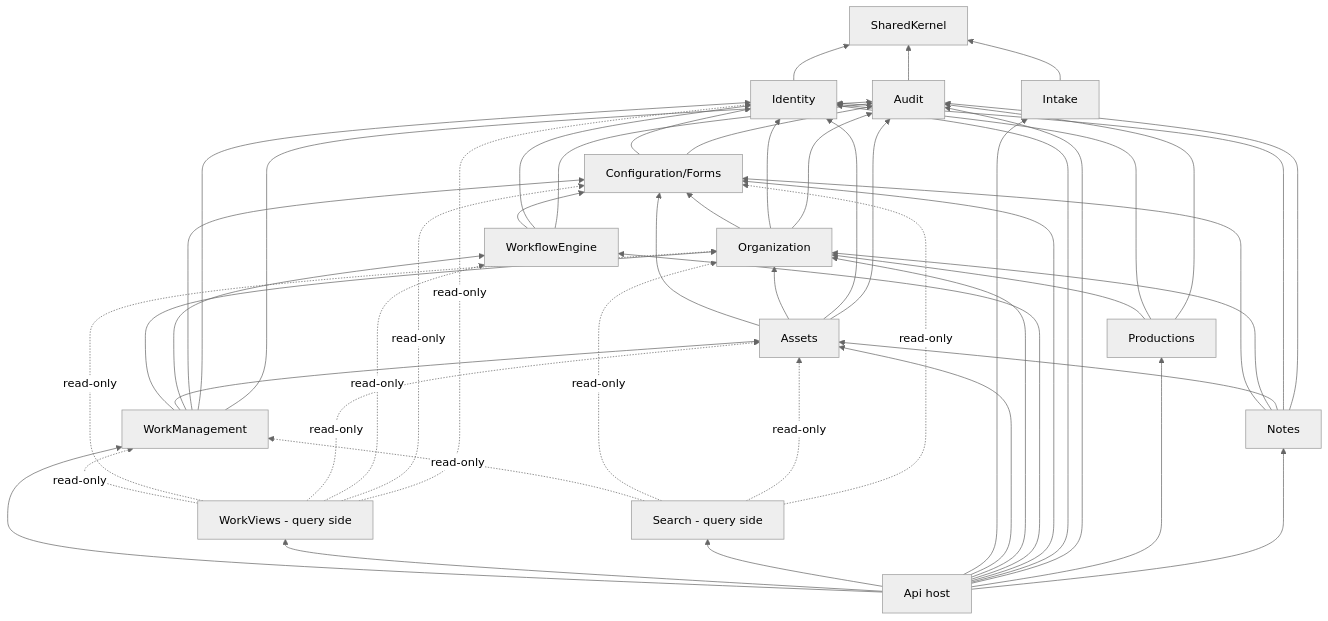
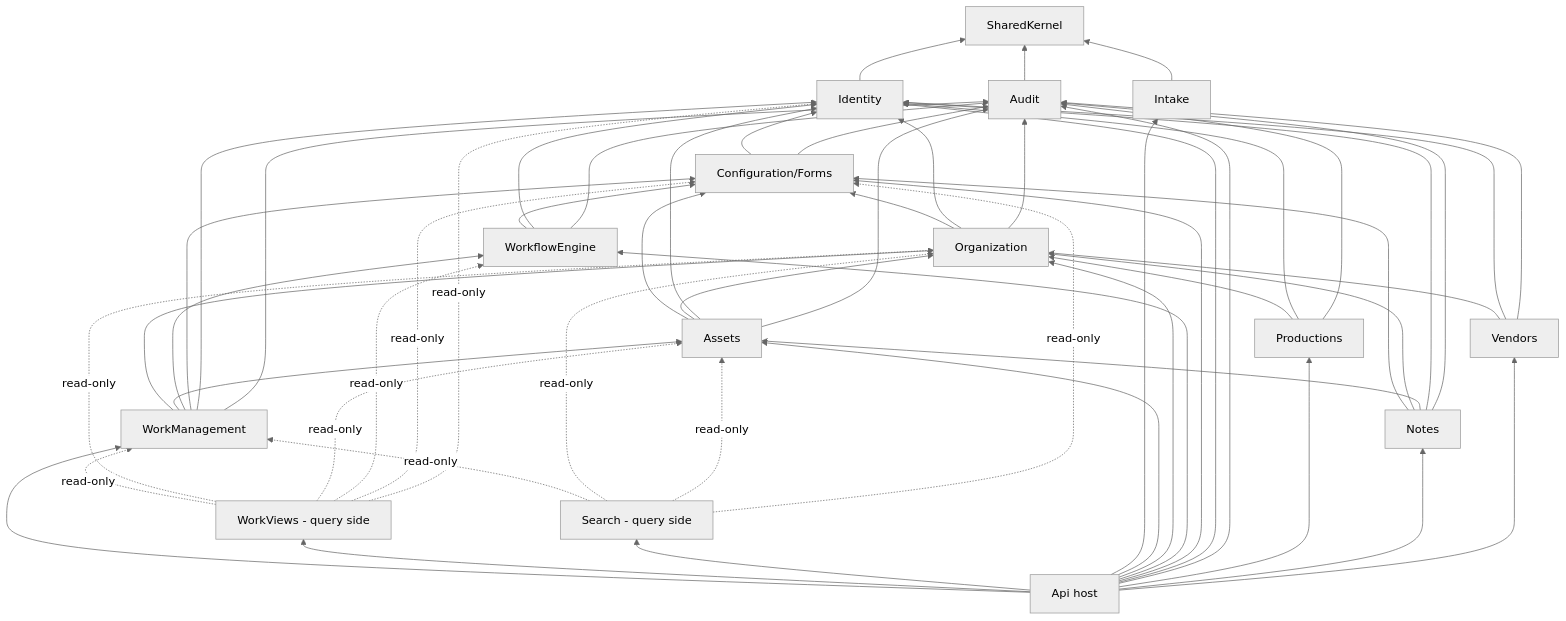
Before and after one commit to dent-ist/MatterFlow: the third of 4 diagrams in docs/architecture.md, drawn with Mermaid (neutral theme). The commit also changed other lines of this file and 52 other files, not shown here.

````diff
--- a/docs/architecture.md
+++ b/docs/architecture.md
@@ -313,17 +314,18 @@
 ```mermaid
 flowchart BT
   SK[SharedKernel]
   ID[Identity] --> SK
   AU[Audit] --> SK
   CF[Configuration/Forms] --> ID & AU
   OR[Organization] --> CF & ID & AU
   AS[Assets] --> CF & OR & ID & AU
   WF[WorkflowEngine] --> CF & ID & AU
   WM[WorkManagement] --> OR & AS & WF & CF & ID & AU
   PR[Productions] --> OR & ID & AU
   NT[Notes] --> CF & OR & AS & ID & AU
+  VE[Vendors] --> OR & ID & AU
   WV[WorkViews - query side] -.read-only.-> WM & OR & AS & WF & CF & ID
   SE[Search - query side] -.read-only.-> WM & OR & AS & CF
   IN[Intake] --> SK
-  API[Api host] --> WM & WV & SE & IN & AS & OR & WF & CF & ID & AU & PR & NT
+  API[Api host] --> WM & WV & SE & IN & AS & OR & WF & CF & ID & AU & PR & NT & VE
 ```
````
